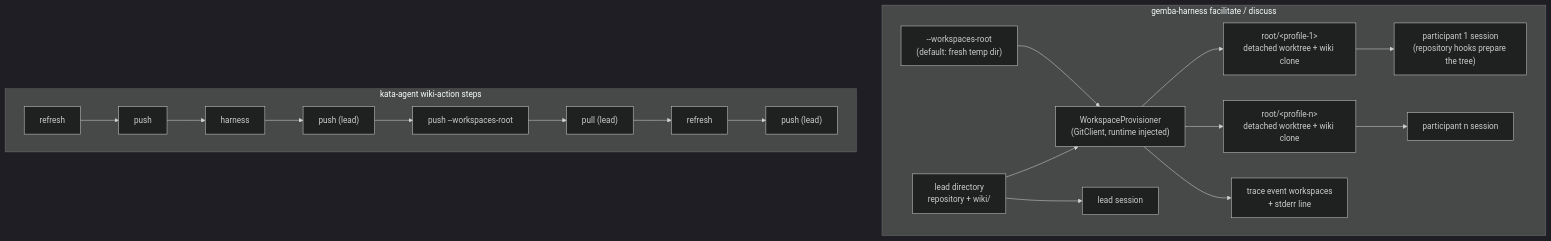
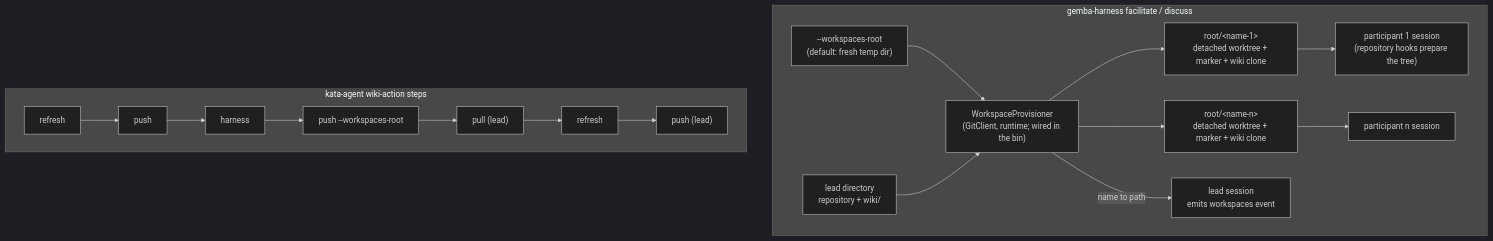
Before and after one commit to forwardimpact/monorepo: the first of 2 diagrams in specs/2380-facilitated-session-isolation/design-a.md, drawn with Mermaid (dark theme). The commit also changed other lines of this file, not shown here.

````diff
--- a/specs/2380-facilitated-session-isolation/design-a.md
+++ b/specs/2380-facilitated-session-isolation/design-a.md
@@ -9,16 +9,15 @@
 ```mermaid
 graph TD
     subgraph gemba-harness facilitate / discuss
-        OPT["--workspaces-root<br/>(default: fresh temp dir)"] --> PROV["WorkspaceProvisioner<br/>(GitClient, runtime injected)"]
+        OPT["--workspaces-root<br/>(default: fresh temp dir)"] --> PROV["WorkspaceProvisioner<br/>(GitClient, runtime; wired in the bin)"]
         LEAD["lead directory<br/>repository + wiki/"] --> PROV
-        PROV --> W1["root/&lt;profile-1&gt;<br/>detached worktree + wiki clone"]
-        PROV --> WN["root/&lt;profile-n&gt;<br/>detached worktree + wiki clone"]
-        PROV --> EV["trace event workspaces<br/>+ stderr line"]
+        PROV --> W1["root/&lt;name-1&gt;<br/>detached worktree + marker + wiki clone"]
+        PROV --> WN["root/&lt;name-n&gt;<br/>detached worktree + marker + wiki clone"]
+        PROV -->|name to path| LS["lead session<br/>emits workspaces event"]
         W1 --> P1["participant 1 session<br/>(repository hooks prepare the tree)"]
         WN --> PN["participant n session"]
-        LEAD --> LS["lead session"]
     end
     subgraph kata-agent wiki-action steps
-        PRE1["refresh"] --> PRE2["push"] --> SESSION["harness"] --> POST1["push (lead)"] --> POST2["push --workspaces-root"] --> POST3["pull (lead)"] --> POST4["refresh"] --> POST5["push (lead)"]
+        PRE1["refresh"] --> PRE2["push"] --> SESSION["harness"] --> POST1["push --workspaces-root"] --> POST2["pull (lead)"] --> POST3["refresh"] --> POST4["push (lead)"]
     end
 ```
````
